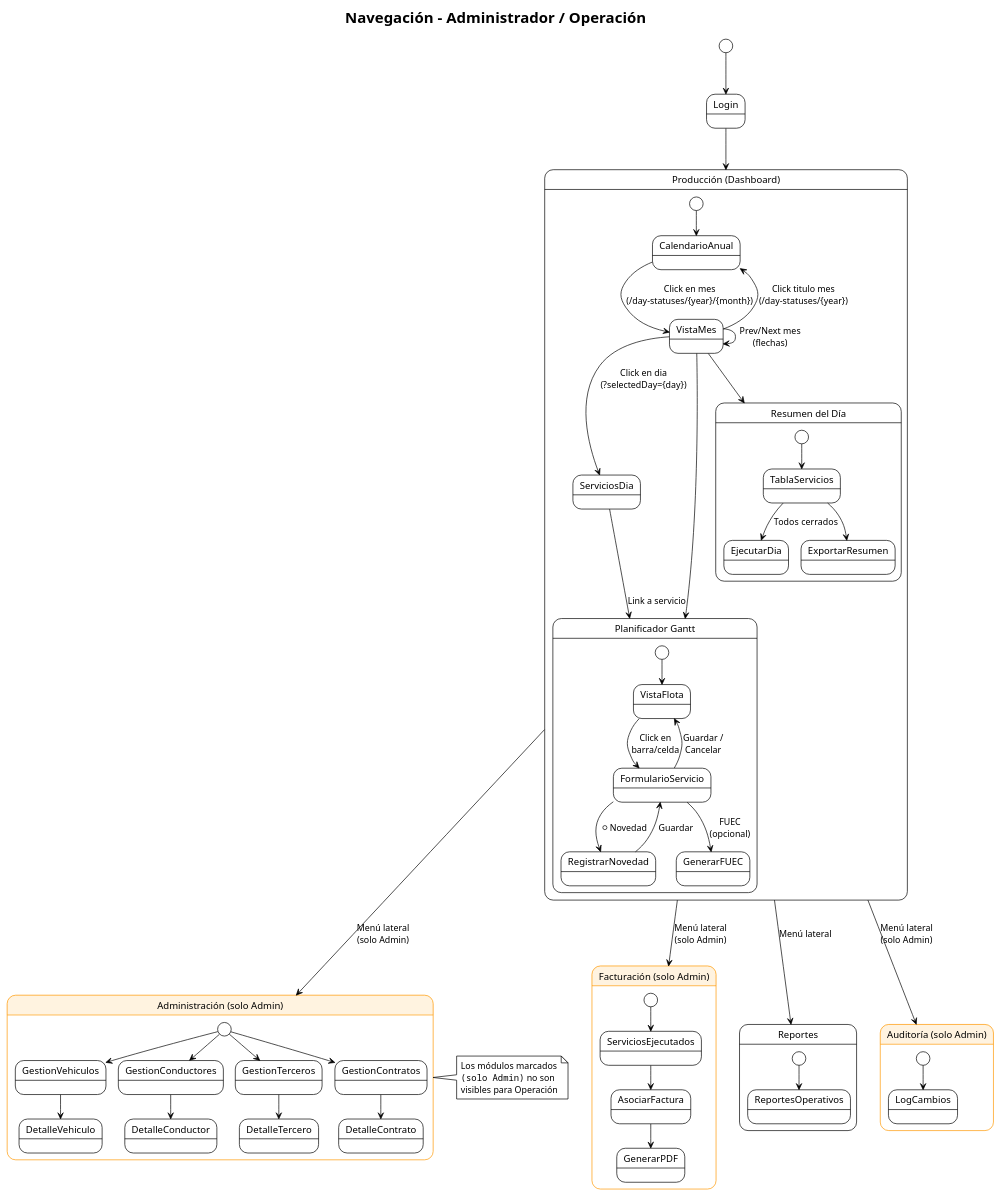
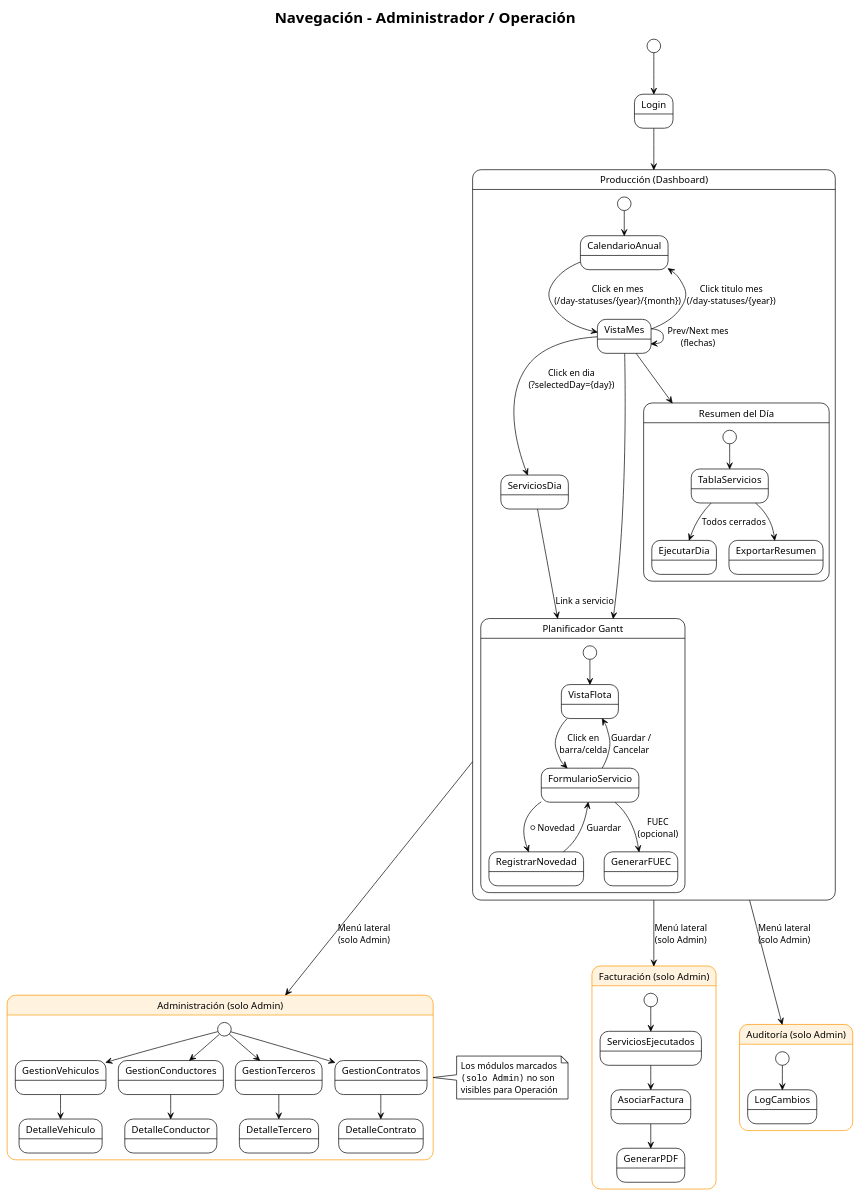
The second of 8 diagrams in docs/navigation.md (cristian-home/sgte-app), drawn with PlantUML before and after one commit. The commit also changed other lines of this file, not shown here.

Commit message:
docs(navigation): 📖 trim phantom sidebar entries (Reportes, Notificaciones, Mapa GPS) and reflect Contabilidad read-only access

````diff
--- a/docs/navigation.md
+++ b/docs/navigation.md
@@ -99,76 +99,71 @@
 ```plantuml
 @startuml
 !theme plain
 title Navegación - Administrador / Operación
 skinparam state {
   BackgroundColor<<admin>> #FFF3E0
   BorderColor<<admin>> #FF9800
 }
 
 [*] --> Login
 Login --> Dashboard
 
 state "Producción (Dashboard)" as Dashboard {
   [*] --> CalendarioAnual
   CalendarioAnual --> VistaMes : Click en mes\n(/day-statuses/{year}/{month})
   VistaMes --> VistaMes : Prev/Next mes\n(flechas)
   VistaMes --> CalendarioAnual : Click titulo mes\n(/day-statuses/{year})
   VistaMes --> ServiciosDia : Click en dia\n(?selectedDay={day})
   ServiciosDia --> GanttDiario : Link a servicio
   VistaMes --> GanttDiario
   VistaMes --> ResumenDia
 }
 
 state "Planificador Gantt" as GanttDiario {
   [*] --> VistaFlota
   VistaFlota --> FormularioServicio : Click en\nbarra/celda
   FormularioServicio --> VistaFlota : Guardar /\nCancelar
   FormularioServicio --> RegistrarNovedad : + Novedad
   RegistrarNovedad --> FormularioServicio : Guardar
   FormularioServicio --> GenerarFUEC : FUEC\n(opcional)
 }
 
 state "Resumen del Día" as ResumenDia {
   [*] --> TablaServicios
   TablaServicios --> EjecutarDia : Todos cerrados
   TablaServicios --> ExportarResumen
 }
 
 state "Administración (solo Admin)" as Administracion <<admin>> {
   [*] --> GestionVehiculos
   [*] --> GestionConductores
   [*] --> GestionTerceros
   [*] --> GestionContratos
   GestionVehiculos --> DetalleVehiculo
   GestionConductores --> DetalleConductor
   GestionTerceros --> DetalleTercero
   GestionContratos --> DetalleContrato
 }
 
 state "Facturación (solo Admin)" as Facturacion <<admin>> {
   [*] --> ServiciosEjecutados
   ServiciosEjecutados --> AsociarFactura
   AsociarFactura --> GenerarPDF
 }
 
-state "Reportes" as Reportes {
-  [*] --> ReportesOperativos
-}
-
 state "Auditoría (solo Admin)" as Auditoria <<admin>> {
   [*] --> LogCambios
 }
 
 Dashboard --> Administracion : Menú lateral\n(solo Admin)
 Dashboard --> Facturacion : Menú lateral\n(solo Admin)
-Dashboard --> Reportes : Menú lateral
 Dashboard --> Auditoria : Menú lateral\n(solo Admin)
 
 note right of Administracion
   Los módulos marcados
   ""(solo Admin)"" no son
   visibles para Operación
 end note
 
 @enduml
 ```
````
